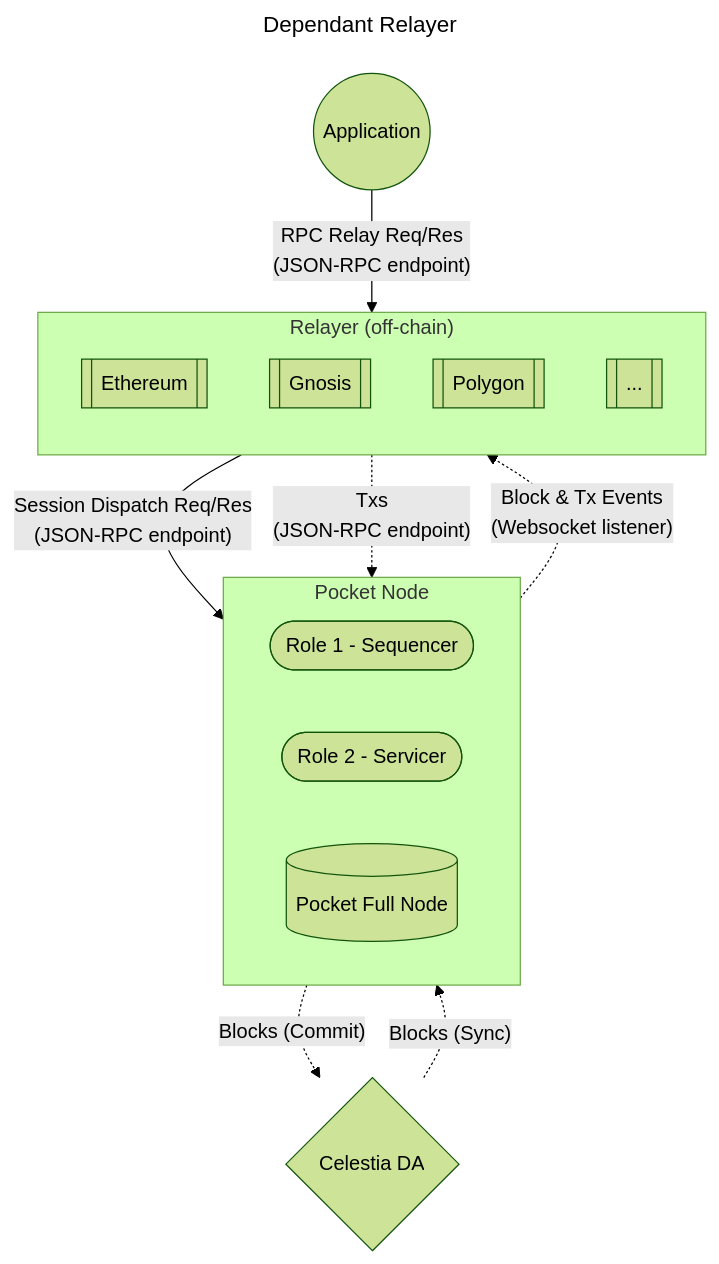
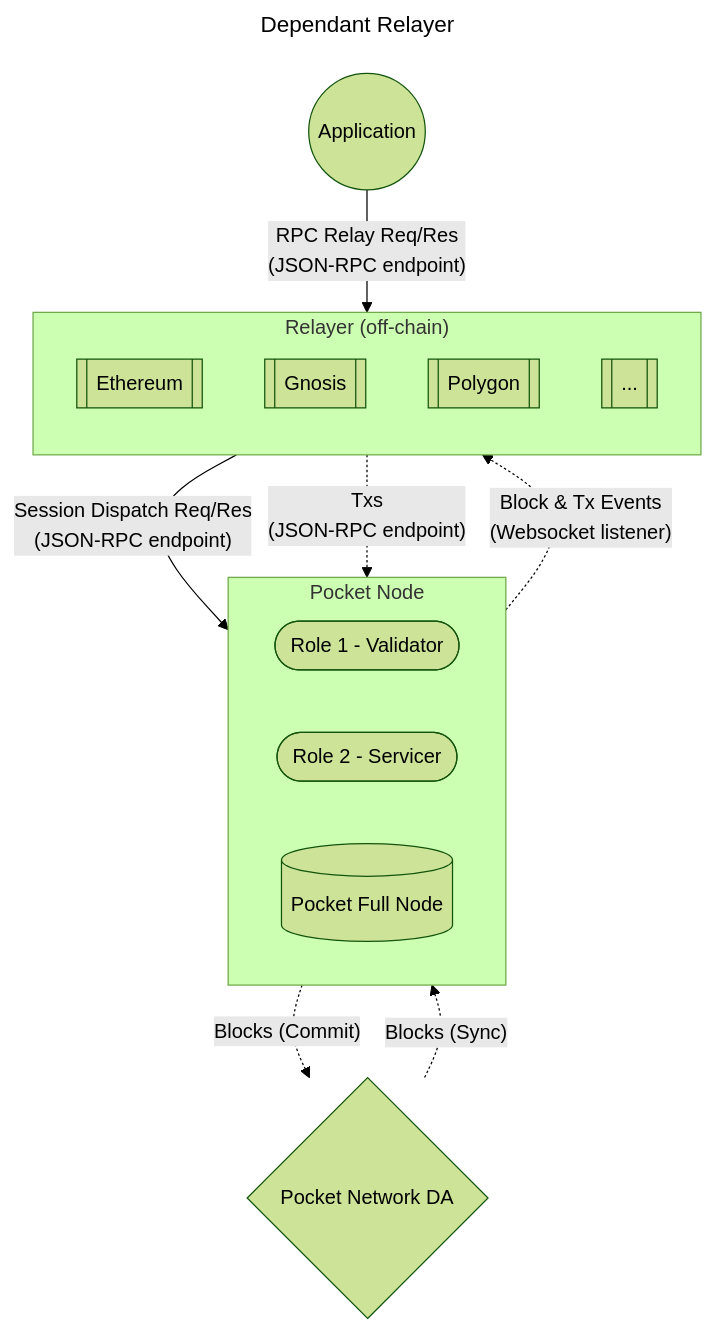
The first of 2 diagrams in docusaurus/docs/architecture/network.md (pokt-network/poktroll), drawn with Mermaid (forest theme) before and after one commit. The commit also changed other lines of this file and 30 other files, not shown here.

````diff
--- a/docusaurus/docs/architecture/network.md
+++ b/docusaurus/docs/architecture/network.md
@@ -36,27 +35,27 @@
 ```mermaid
 ---
 title: Dependant Relayer
 ---
 flowchart TB
     a(("Application"))
     subgraph p["Pocket Node"]
         direction LR
-        rs([Role 1 - Sequencer])
+        rs([Role 1 - Validator])
         rv([Role 2 - Servicer])
         pl1[("Pocket Full Node")]
     end
     subgraph r["Relayer (off-chain)"]
         direction TB
         eth[["Ethereum"]]
         gn[["Gnosis"]]
         pg[["Polygon"]]
         etc[["..."]]
     end
-    c{"Celestia DA"}
+    da{"Pocket Network DA"}
     a -- RPC Relay Req/Res \n (JSON-RPC endpoint) --> r
     p -. Block & Tx Events \n (Websocket listener).-> r
     r -- Session Dispatch Req/Res \n (JSON-RPC endpoint)--> p
     r -. Txs \n (JSON-RPC endpoint).-> p
-    p -. Blocks (Commit) .->c
-    c -. Blocks (Sync) .-> p
+    p -. Blocks (Commit) .-> da
+    da -. Blocks (Sync) .-> p
 ```
````
